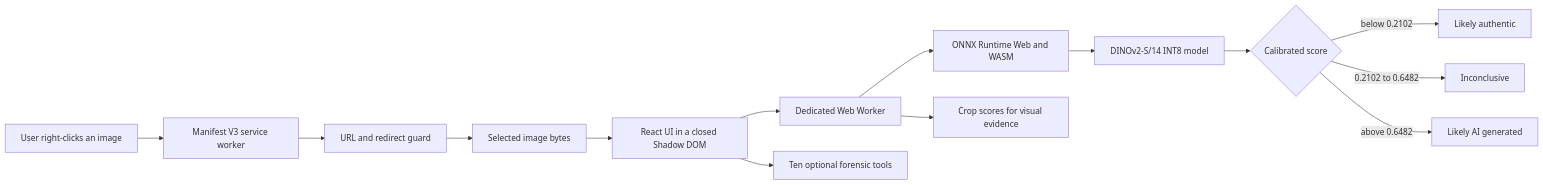
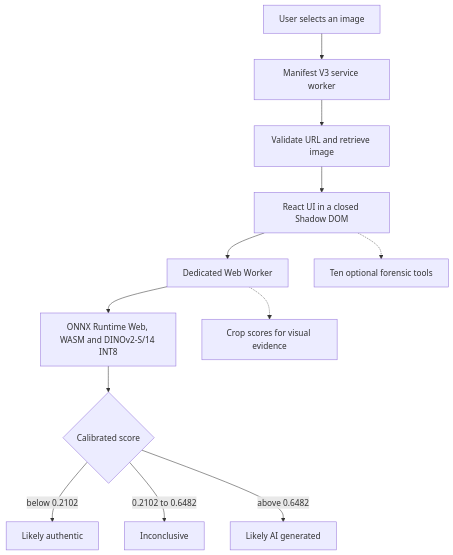
Before and after one commit to AkshayReddyGujjula/UnDiffused-AI: the diagram in README.md, drawn with Mermaid.

Commit message:
docs: improve live architecture diagram layout

````diff
--- a/README.md
+++ b/README.md
@@ -77,16 +77,14 @@
 ```mermaid
-flowchart LR
-    U[User right-clicks an image] --> B[Manifest V3 service worker]
-    B --> G[URL and redirect guard]
-    G --> I[Selected image bytes]
-    I --> C[React UI in a closed Shadow DOM]
+flowchart TB
+    U[User selects an image] --> B[Manifest V3 service worker]
+    B --> G[Validate URL and retrieve image]
+    G --> C[React UI in a closed Shadow DOM]
     C --> W[Dedicated Web Worker]
-    W --> O[ONNX Runtime Web and WASM]
-    O --> M[DINOv2-S/14 INT8 model]
+    W --> M[ONNX Runtime Web, WASM and DINOv2-S/14 INT8]
     M --> V{Calibrated score}
     V -->|below 0.2102| R[Likely authentic]
     V -->|0.2102 to 0.6482| X[Inconclusive]
     V -->|above 0.6482| A[Likely AI generated]
-    W --> E[Crop scores for visual evidence]
-    C --> F[Ten optional forensic tools]
+    W -.-> E[Crop scores for visual evidence]
+    C -.-> F[Ten optional forensic tools]
 ```
````
